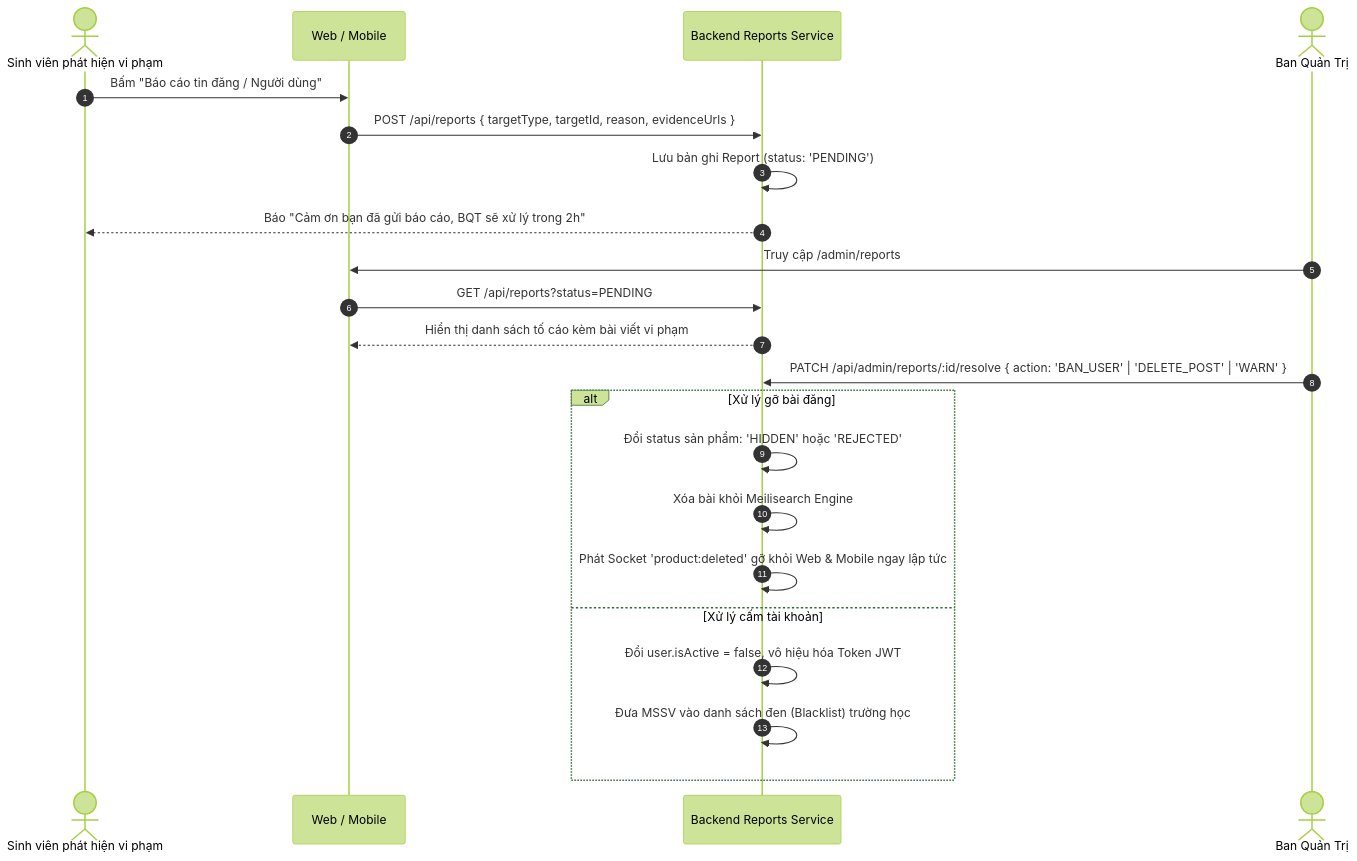
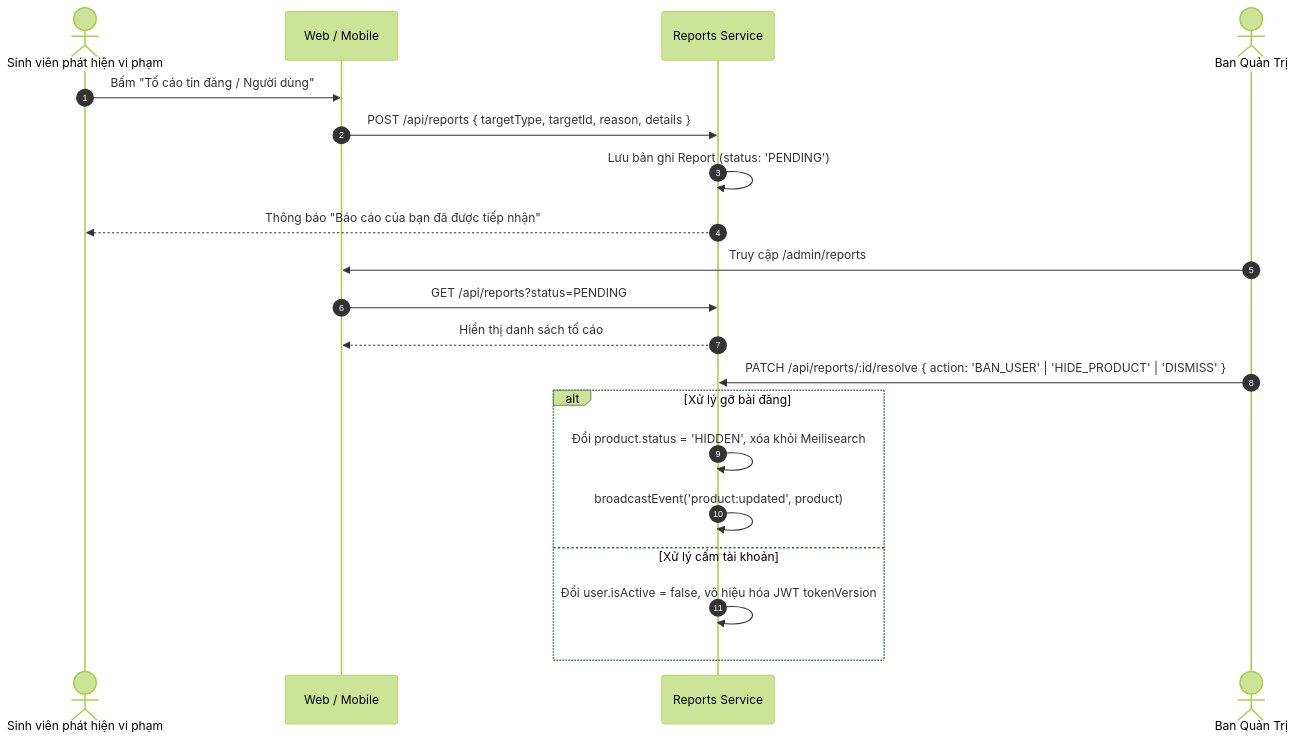
Before and after one commit to phongnha230/Market_FU: diagram 12 of 13 in PROJECT_FLOWS.md, drawn with Mermaid (forest theme). The commit also changed other lines of this file and 11 other files, not shown here.

````diff
--- a/PROJECT_FLOWS.md
+++ b/PROJECT_FLOWS.md
@@ -514,28 +451,26 @@
 ```mermaid
 sequenceDiagram
     autonumber
     actor SV as Sinh viên phát hiện vi phạm
     participant Client as Web / Mobile
-    participant Backend as Backend Reports Service
+    participant Backend as Reports Service
     actor Admin as Ban Quản Trị
 
-    SV->>Client: Bấm "Báo cáo tin đăng / Người dùng"
-    Client->>Backend: POST /api/reports { targetType, targetId, reason, evidenceUrls }
+    SV->>Client: Bấm "Tố cáo tin đăng / Người dùng"
+    Client->>Backend: POST /api/reports { targetType, targetId, reason, details }
     Backend->>Backend: Lưu bản ghi Report (status: 'PENDING')
-    Backend-->>SV: Báo "Cảm ơn bạn đã gửi báo cáo, BQT sẽ xử lý trong 2h"
+    Backend-->>SV: Thông báo "Báo cáo của bạn đã được tiếp nhận"
   
     Admin->>Client: Truy cập /admin/reports
     Client->>Backend: GET /api/reports?status=PENDING
-    Backend-->>Client: Hiển thị danh sách tố cáo kèm bài viết vi phạm
+    Backend-->>Client: Hiển thị danh sách tố cáo
   
-    Admin->>Backend: PATCH /api/admin/reports/:id/resolve { action: 'BAN_USER' | 'DELETE_POST' | 'WARN' }
+    Admin->>Backend: PATCH /api/reports/:id/resolve { action: 'BAN_USER' | 'HIDE_PRODUCT' | 'DISMISS' }
   
     alt Xử lý gỡ bài đăng
-        Backend->>Backend: Đổi status sản phẩm: 'HIDDEN' hoặc 'REJECTED'
-        Backend->>Backend: Xóa bài khỏi Meilisearch Engine
-        Backend->>Backend: Phát Socket 'product:deleted' gỡ khỏi Web & Mobile ngay lập tức
+        Backend->>Backend: Đổi product.status = 'HIDDEN', xóa khỏi Meilisearch
+        Backend->>Backend: broadcastEvent('product:updated', product)
     else Xử lý cấm tài khoản
-        Backend->>Backend: Đổi user.isActive = false, vô hiệu hóa Token JWT
-        Backend->>Backend: Đưa MSSV vào danh sách đen (Blacklist) trường học
+        Backend->>Backend: Đổi user.isActive = false, vô hiệu hóa JWT tokenVersion
     end
 ```
````
